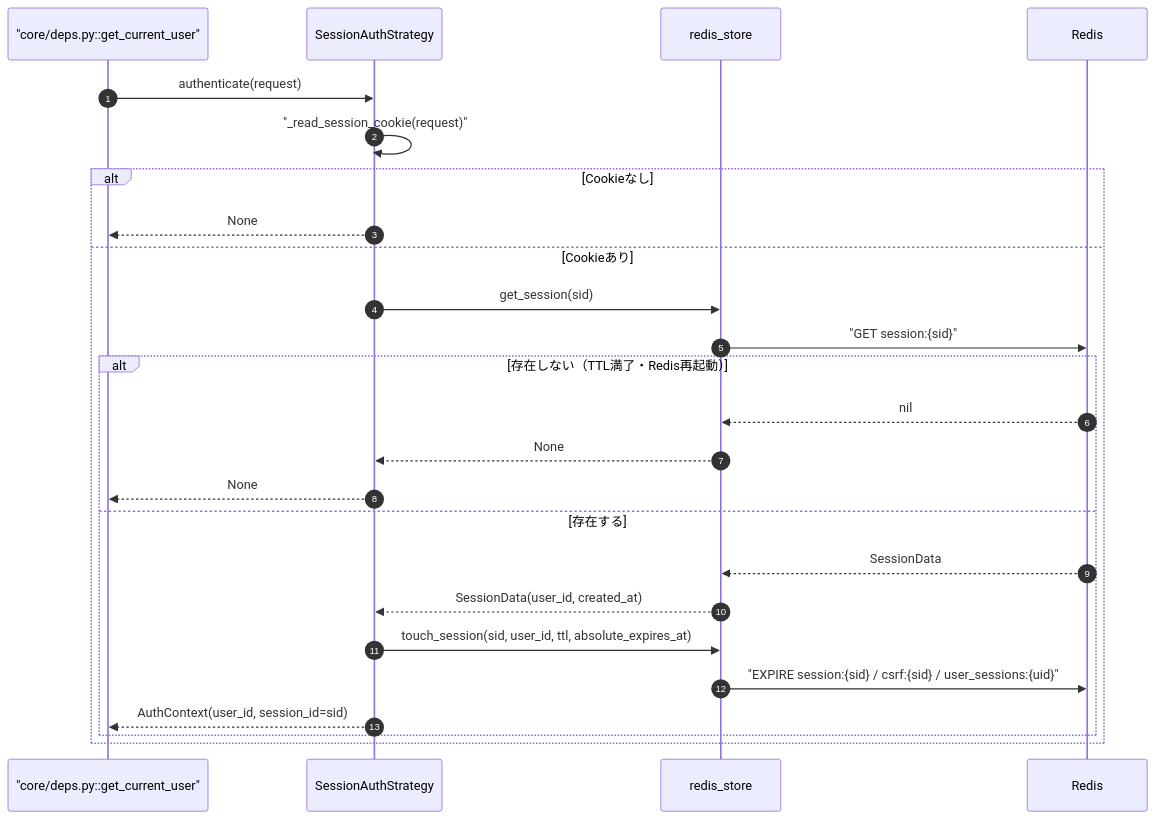
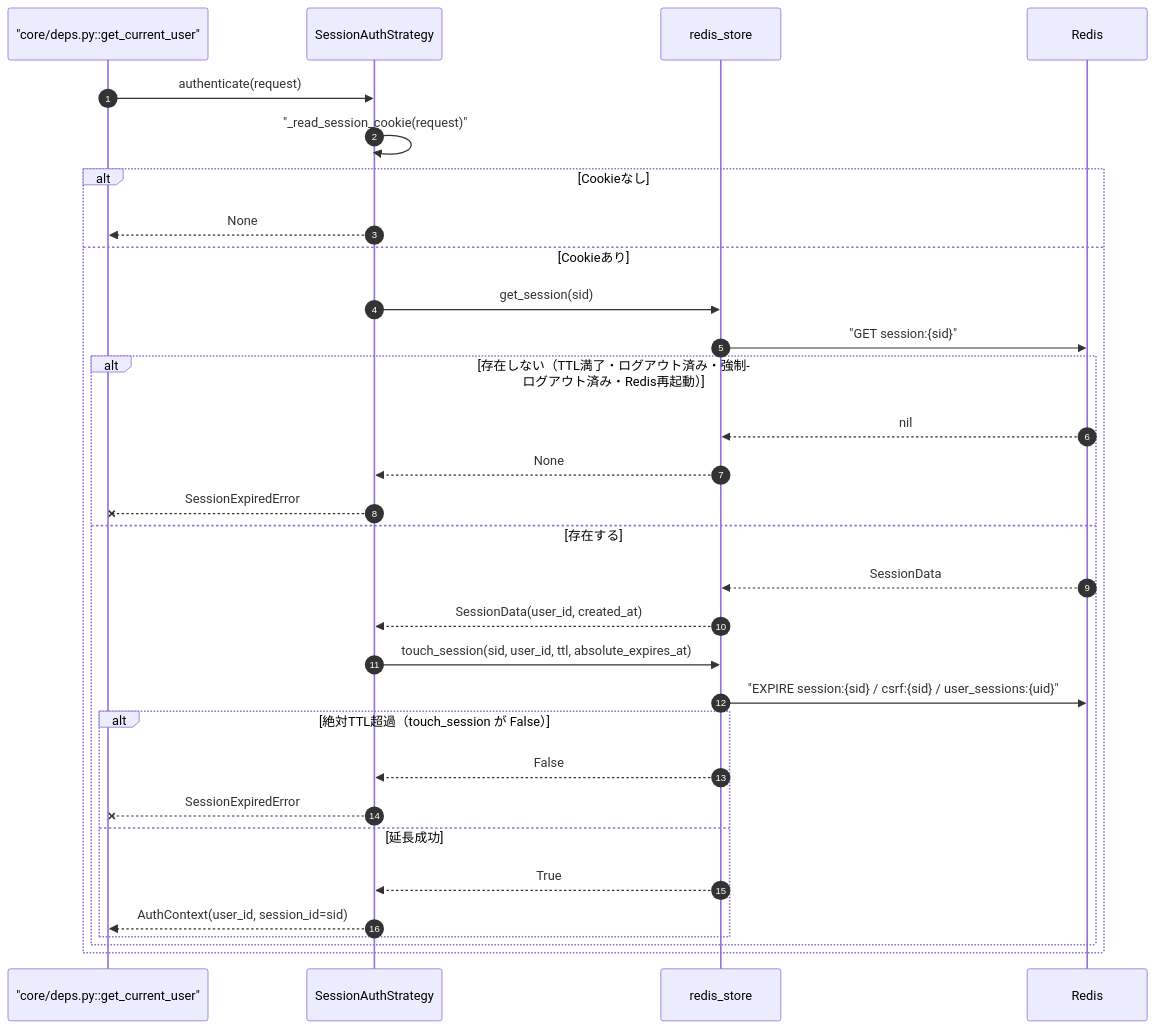
Before and after one commit to oikawa-d/task_management: the second of 6 diagrams in docs/detailed_design/auth/01_session_auth.md, drawn with Mermaid. The commit also changed other lines of this file and 1 other file, not shown here.

First line of the commit message:
docs: session認証の詳細設計をSessionExpiredError送出仕様へ更新

````diff
--- a/docs/detailed_design/auth/01_session_auth.md
+++ b/docs/detailed_design/auth/01_session_auth.md
@@ -86,28 +86,34 @@
 ```mermaid
 sequenceDiagram
     autonumber
     participant DEP as "core/deps.py::get_current_user"
     participant ST as SessionAuthStrategy
     participant STORE as redis_store
     participant RD as Redis
 
     DEP->>ST: authenticate(request)
     ST->>ST: "_read_session_cookie(request)"
     alt Cookieなし
         ST-->>DEP: None
     else Cookieあり
         ST->>STORE: get_session(sid)
         STORE->>RD: "GET session:{sid}"
-        alt 存在しない（TTL満了・Redis再起動）
+        alt 存在しない（TTL満了・ログアウト済み・強制ログアウト済み・Redis再起動）
             RD-->>STORE: nil
             STORE-->>ST: None
-            ST-->>DEP: None
+            ST--x DEP: SessionExpiredError
         else 存在する
             RD-->>STORE: SessionData
             STORE-->>ST: SessionData(user_id, created_at)
             ST->>STORE: touch_session(sid, user_id, ttl, absolute_expires_at)
             STORE->>RD: "EXPIRE session:{sid} / csrf:{sid} / user_sessions:{uid}"
-            ST-->>DEP: AuthContext(user_id, session_id=sid)
+            alt 絶対TTL超過（touch_session が False）
+                STORE-->>ST: False
+                ST--x DEP: SessionExpiredError
+            else 延長成功
+                STORE-->>ST: True
+                ST-->>DEP: AuthContext(user_id, session_id=sid)
+            end
         end
     end
 ```
````
